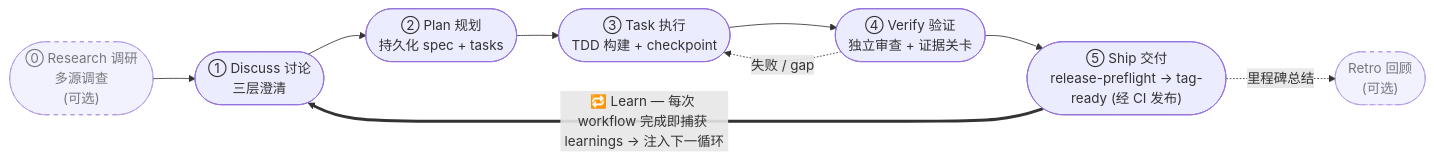
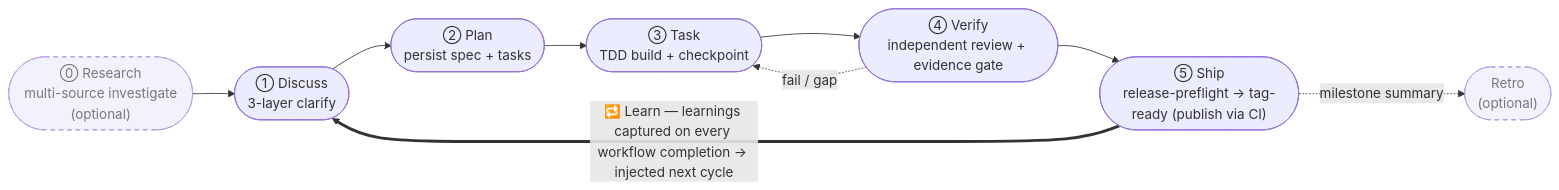
Before and after one commit to easyinplay/harnessed: the first of 2 diagrams in README.md, drawn with Mermaid. The commit also changed other lines of this file and 17 other files, not shown here.

````diff
--- a/README.md
+++ b/README.md
@@ -88,12 +90,12 @@
 ```mermaid
 flowchart LR
-  R(["⓪ Research 调研<br/>多源调查<br/>(可选)"]):::opt --> D
-  D(["① Discuss 讨论<br/>三层澄清"]) --> P(["② Plan 规划<br/>持久化 spec + tasks"])
-  P --> T(["③ Task 执行<br/>TDD 构建 + checkpoint"])
-  T --> V(["④ Verify 验证<br/>独立审查 + 证据关卡"])
-  V --> S(["⑤ Ship 交付<br/>release-preflight → tag-ready (经 CI 发布)"])
-  S -. "里程碑总结" .-> RT(["Retro 回顾<br/>(可选)"]):::opt
-  V -. "失败 / gap" .-> T
-  S == "🔁 Learn — 每次 workflow 完成即捕获 learnings → 注入下一循环" ==> D
+  R(["⓪ Research<br/>multi-source investigate<br/>(optional)"]):::opt --> D
+  D(["① Discuss<br/>3-layer clarify"]) --> P(["② Plan<br/>persist spec + tasks"])
+  P --> T(["③ Task<br/>TDD build + checkpoint"])
+  T --> V(["④ Verify<br/>independent review + evidence gate"])
+  V --> S(["⑤ Ship<br/>release-preflight → tag-ready (publish via CI)"])
+  S -. "milestone summary" .-> RT(["Retro<br/>(optional)"]):::opt
+  V -. "fail / gap" .-> T
+  S == "🔁 Learn — learnings captured on every workflow completion → injected next cycle" ==> D
   classDef opt stroke-dasharray:5,opacity:0.8
 ```
````
